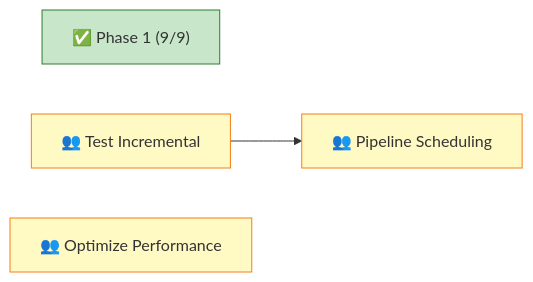
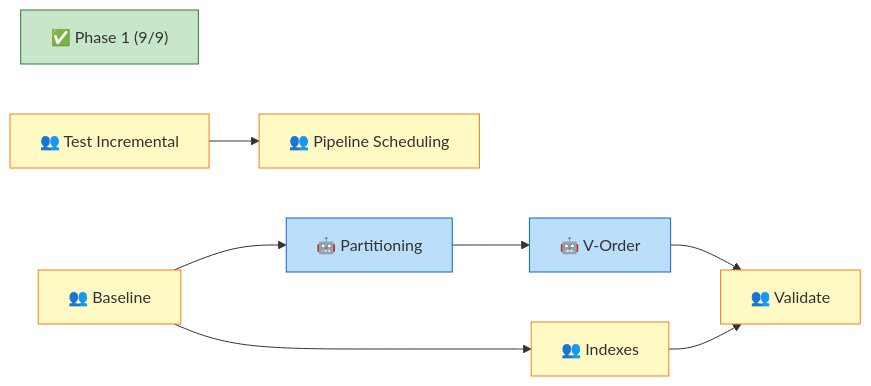
The diagram in .claude/dashboard.md (erikemilsson/OEMMatInsightBI), drawn with Mermaid before and after one commit. The commit also changed other lines of this file and 7 other files, not shown here.

````diff
--- a/.claude/dashboard.md
+++ b/.claude/dashboard.md
@@ -89,15 +79,23 @@
 ```mermaid
 graph LR
     P1["✅ Phase 1 (9/9)"]
     T006_3["👥 Test Incremental"]
     T010["👥 Pipeline Scheduling"]
-    T012["👥 Optimize Performance"]
+    T012_1["👥 Baseline"]
+    T012_2["🤖 Partitioning"]
+    T012_3["🤖 V-Order"]
+    T012_4["👥 Indexes"]
+    T012_5["👥 Validate"]
 
     T006_3 --> T010
+    T012_1 --> T012_2 --> T012_3 --> T012_5
+    T012_1 --> T012_4 --> T012_5
 
     classDef done fill:#c8e6c9,stroke:#2e7d32
     classDef human fill:#fff9c4,stroke:#f57f17
+    classDef claude fill:#bbdefb,stroke:#1565c0
 
     class P1 done
-    class T006_3,T010,T012 human
+    class T006_3,T010,T012_1,T012_4,T012_5 human
+    class T012_2,T012_3 claude
 ```
````
